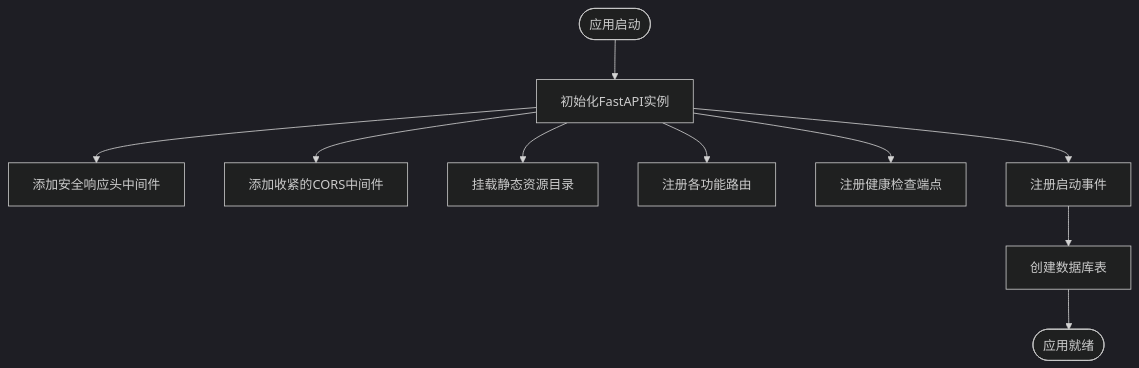
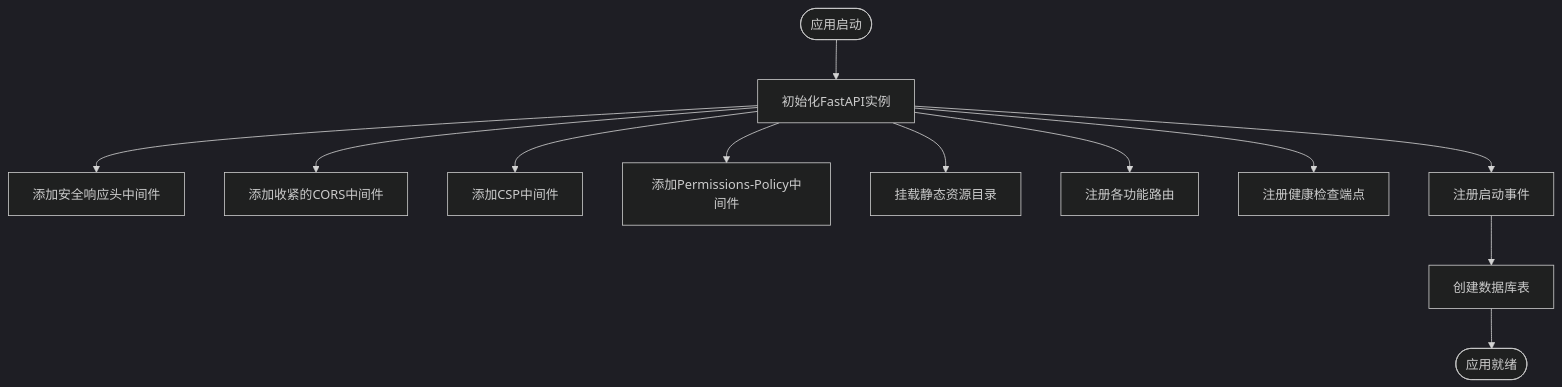
The third of 7 diagrams in .qoder/repowiki/zh/content/暑假作业打卡系统/后端服务架构/FastAPI应用核心.md (onebody/homework), drawn with Mermaid (dark theme) before and after one commit. The commit also changed other lines of this file and 28 other files, not shown here.

````diff
--- a/.qoder/repowiki/zh/content/暑假作业打卡系统/后端服务架构/FastAPI应用核心.md
+++ b/.qoder/repowiki/zh/content/暑假作业打卡系统/后端服务架构/FastAPI应用核心.md
@@ -175,12 +183,14 @@
 ```mermaid
 flowchart TD
 Start(["应用启动"]) --> Init["初始化FastAPI实例"]
 Init --> SecurityHeaders["添加安全响应头中间件"]
 Init --> TightCORS["添加收紧的CORS中间件"]
+Init --> CSP["添加CSP中间件"]
+Init --> PermPolicy["添加Permissions-Policy中间件"]
 Init --> Mount["挂载静态资源目录"]
 Init --> Routes["注册各功能路由"]
 Init --> Health["注册健康检查端点"]
 Init --> Startup["注册启动事件"]
 Startup --> CreateTables["创建数据库表"]
 CreateTables --> Ready(["应用就绪"])
 ```
````
